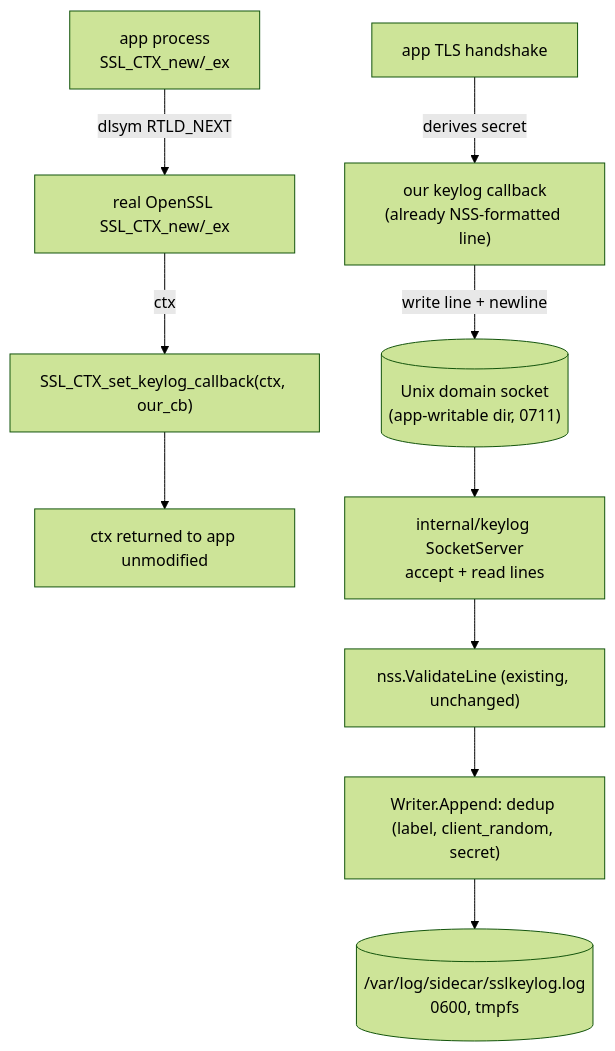
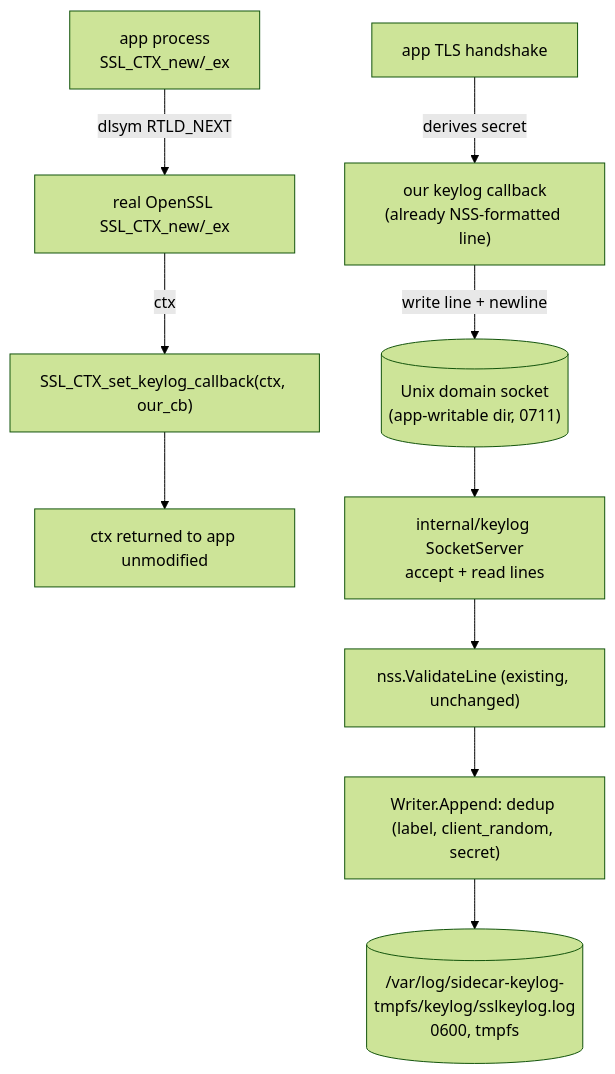
One commit to mesbrj/GO-eBPF-Proxy changed the diagram in .specs/features/02-uprobe-keylog/design.md. Above: the diagram before and after it, drawn with Mermaid (forest theme). The commit also changed other lines of this file and 19 other files, not shown here.

````diff
--- a/.specs/features/02-uprobe-keylog/design.md
+++ b/.specs/features/02-uprobe-keylog/design.md
@@ -18,12 +18,12 @@
 ```mermaid
 graph TD
     app["app process<br/>SSL_CTX_new/_ex"] -->|dlsym RTLD_NEXT| REAL["real OpenSSL SSL_CTX_new/_ex"]
     REAL -->|ctx| REG["SSL_CTX_set_keylog_callback(ctx, our_cb)"]
     REG --> RETURN["ctx returned to app unmodified"]
     APP2["app TLS handshake"] -->|derives secret| CB["our keylog callback<br/>(already NSS-formatted line)"]
     CB -->|write line + newline| SOCK[("Unix domain socket<br/>(app-writable dir, 0711)")]
     SOCK --> SRV["internal/keylog SocketServer<br/>accept + read lines"]
     SRV --> VALIDATE["nss.ValidateLine (existing, unchanged)"]
     VALIDATE --> DEDUP["Writer.Append: dedup (label, client_random, secret)"]
-    DEDUP --> FILE[("/var/log/sidecar/sslkeylog.log<br/>0600, tmpfs")]
+    DEDUP --> FILE[("/var/log/sidecar-keylog-tmpfs/keylog/sslkeylog.log<br/>0600, tmpfs")]
 ```
````
